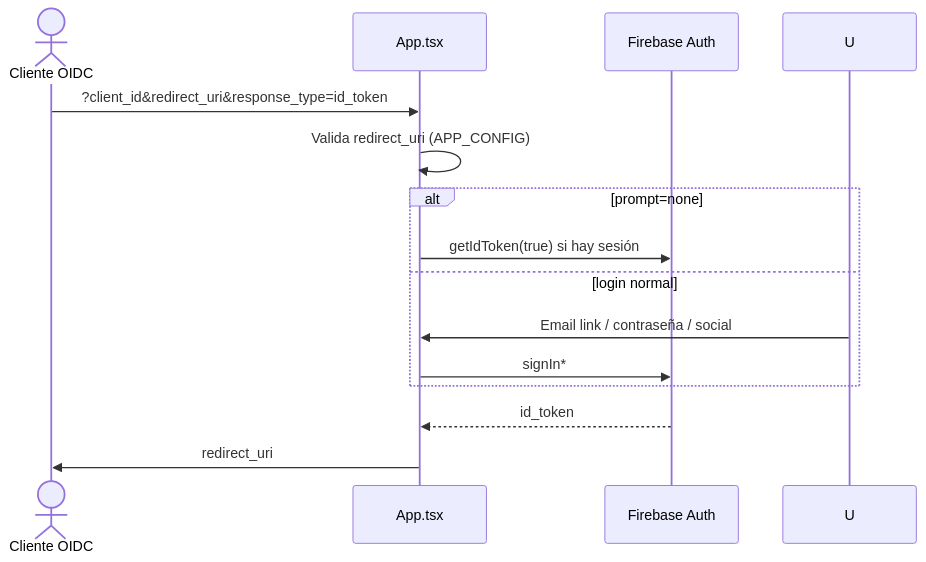
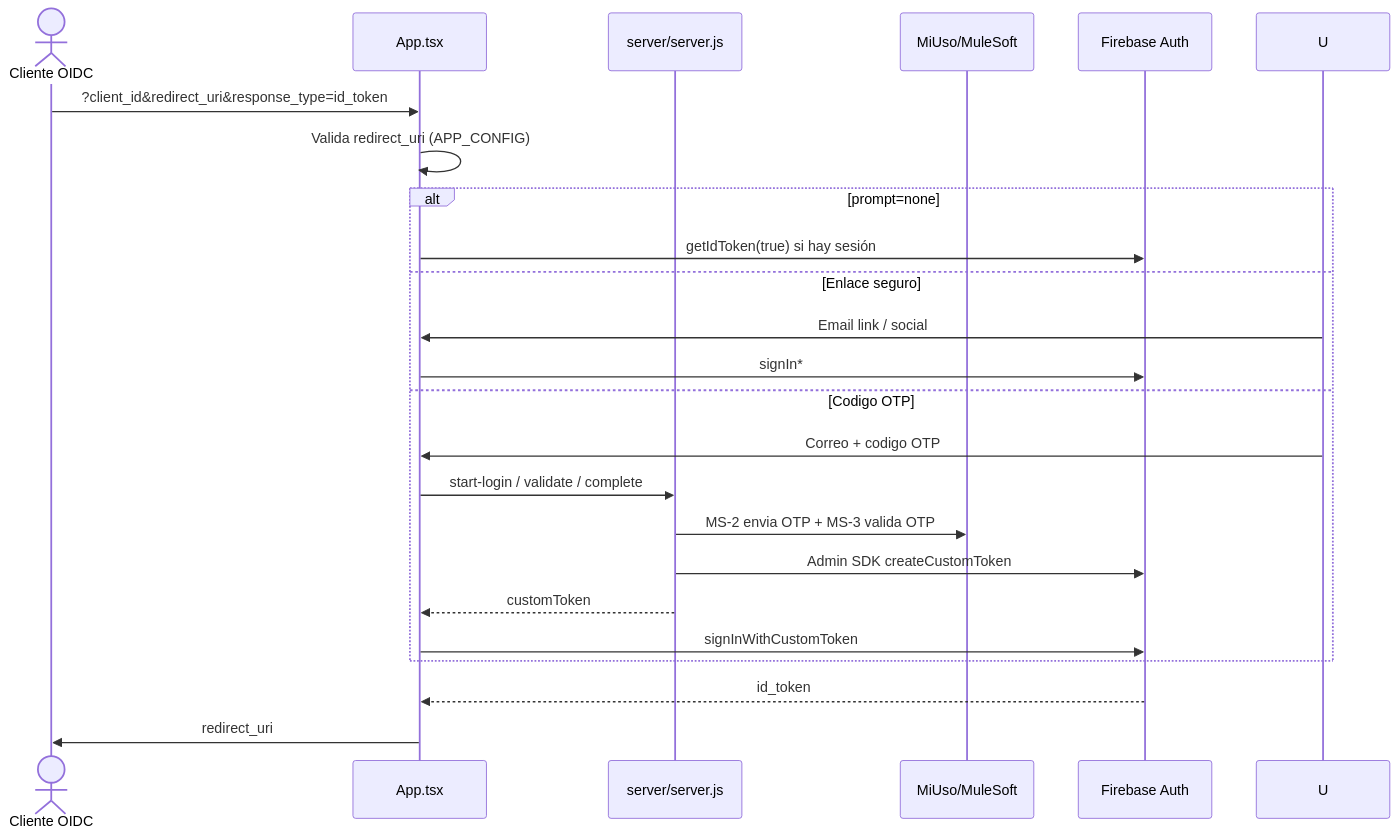
One commit to caguanet/Acelerador-para-Cliente-OIDC-GCP-Idp changed the third of 18 diagrams in docs/architecture/IDP_MULESOFT_GCP_ARCHITECTURE.md. Above: the diagram before and after it, drawn with Mermaid. The commit also changed other lines of this file and 41 other files, not shown here.

Commit message:
feat: add email OTP login rollout

````diff
--- a/docs/architecture/IDP_MULESOFT_GCP_ARCHITECTURE.md
+++ b/docs/architecture/IDP_MULESOFT_GCP_ARCHITECTURE.md
@@ -127,17 +143,26 @@
 ```mermaid
 sequenceDiagram
     actor App as Cliente OIDC
     participant IdP as App.tsx
+    participant BFF as server/server.js
+    participant MS as MiUso/MuleSoft
     participant FB as Firebase Auth
 
     App->>IdP: ?client_id&redirect_uri&response_type=id_token
     IdP->>IdP: Valida redirect_uri (APP_CONFIG)
     alt prompt=none
         IdP->>FB: getIdToken(true) si hay sesión
-    else login normal
-        U->>IdP: Email link / contraseña / social
+    else Enlace seguro
+        U->>IdP: Email link / social
         IdP->>FB: signIn*
+    else Codigo OTP
+        U->>IdP: Correo + codigo OTP
+        IdP->>BFF: start-login / validate / complete
+        BFF->>MS: MS-2 envia OTP + MS-3 valida OTP
+        BFF->>FB: Admin SDK createCustomToken
+        BFF-->>IdP: customToken
+        IdP->>FB: signInWithCustomToken
     end
     FB-->>IdP: id_token
     IdP->>App: redirect_uri#id_token=...&state=...
 ```
````
